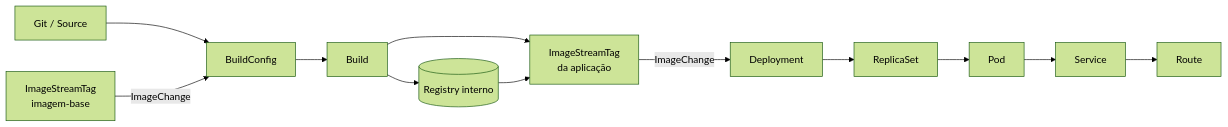
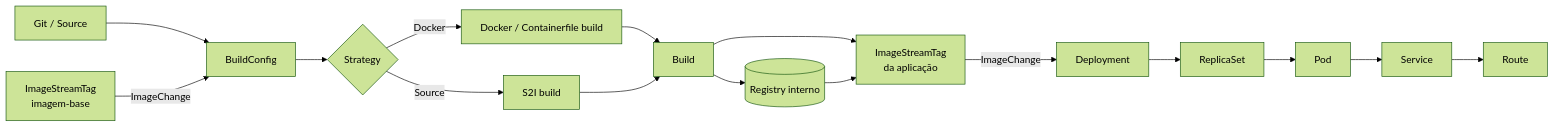
One commit to fmonticelli/ex288-labs changed the first of 9 diagrams in mindmap/README.md. Above: the diagram before and after it, drawn with Mermaid (forest theme). The commit also changed other lines of this file and 1 other file, not shown here.

````diff
--- a/mindmap/README.md
+++ b/mindmap/README.md
@@ -21,16 +21,25 @@
 ```mermaid
 flowchart LR
     GIT[Git / Source] --> BC[BuildConfig]
+
     BASE[ImageStreamTag<br/>imagem-base] -->|ImageChange| BC
-    BC --> BUILD[Build]
+
+    BC --> STRAT{Strategy}
+    STRAT -->|Docker| DOCKER[Docker / Containerfile build]
+    STRAT -->|Source| S2I[S2I build]
+
+    DOCKER --> BUILD[Build]
+    S2I --> BUILD
+
     BUILD --> APPIS[ImageStreamTag<br/>da aplicação]
     APPIS -->|ImageChange| DEPLOY[Deployment]
+
     DEPLOY --> RS[ReplicaSet]
     RS --> POD[Pod]
     POD --> SVC[Service]
     SVC --> ROUTE[Route]
 
     REG[(Registry interno)]
     BUILD --> REG
     REG --> APPIS
 ```
````
